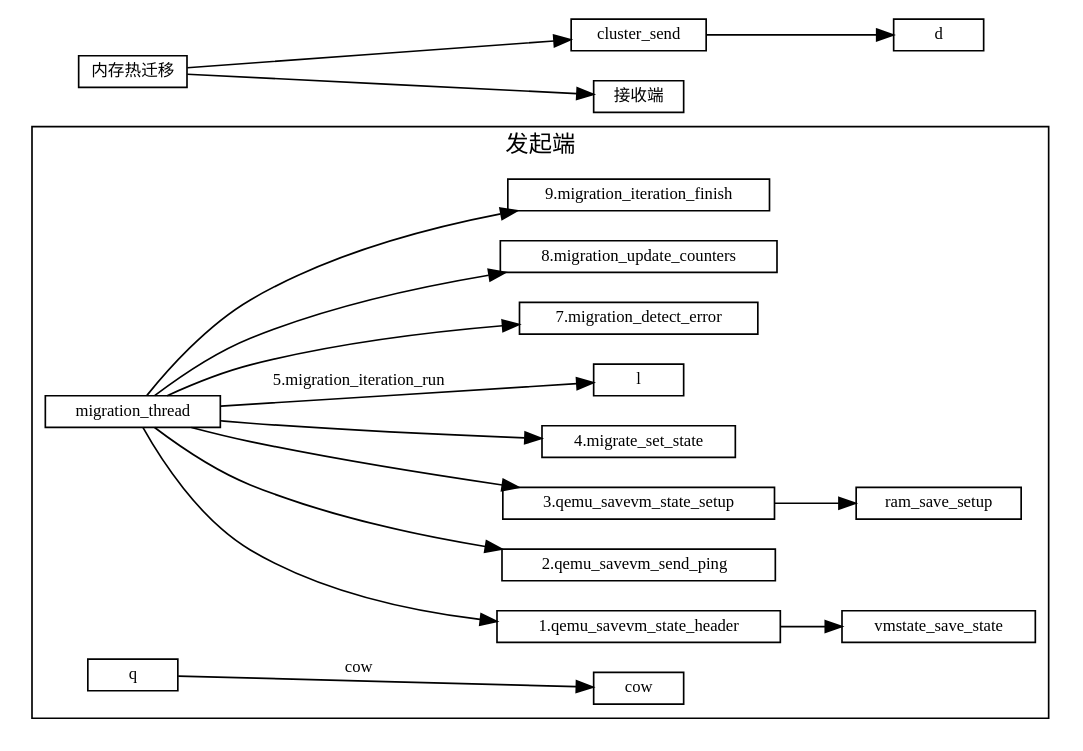
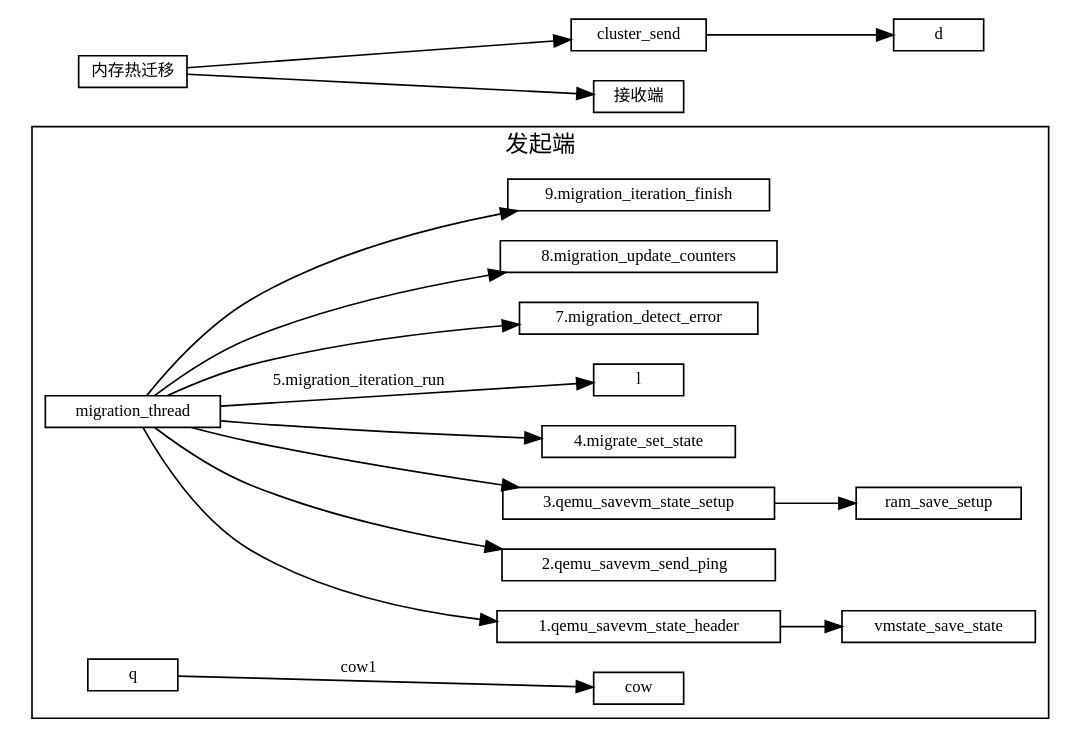
One commit to sisyphus1212/note changed the diagram in 虚拟化/热迁移/1-内存热迁移.md. Above: the diagram before and after it, drawn with Graphviz.

Commit message:
auto_update

````diff
--- a/虚拟化/热迁移/1-内存热迁移.md
+++ b/虚拟化/热迁移/1-内存热迁移.md
@@ -11,35 +11,35 @@
 ```graphviz
 digraph {
 fontname="Helvetica,Arial,sans-serif"
 //node [fontname="Helvetica,Arial,sans-serif"]
 //edge [fontname="Helvetica,Arial,sans-serif"]
 rankdir="LR"
 node [fontsize=10, shape=box, height=0.25]
 edge [fontsize=10]
 
   subgraph send {
     cluster=true;
     label="发起端";
     migration_thread -> "1.qemu_savevm_state_header"
                      -> vmstate_save_state;
     migration_thread -> "2.qemu_savevm_send_ping  ";
     migration_thread -> "3.qemu_savevm_state_setup"
                      ->   ram_save_setup;
     migration_thread ->  "4.migrate_set_state";
     migration_thread ->  l[label="5.migration_iteration_run"];
                      //->  "qemu_savevm_state_pending";
                      //->   save_live_iterate;
     migration_thread ->  "7.migration_detect_error";
     migration_thread ->  "8.migration_update_counters";
     migration_thread ->  "9.migration_iteration_finish";
 
-    q -> cow[label="cow"];
+    q -> cow[label="cow1"];
   }
 
 内存热迁移 [label="内存热迁移"]
 内存热迁移 -> cluster_send
            -> d
 
 内存热迁移 -> 接收端
 }
 ```
````
